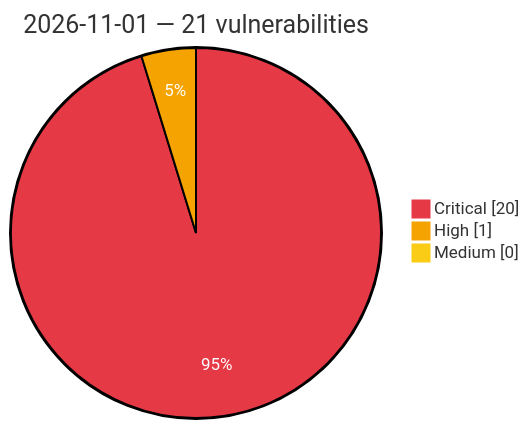
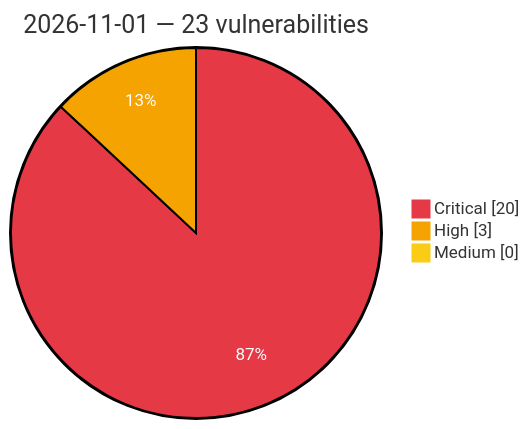
The diagram in vulnerabilities/2026/November/2026-11-01.md (GhostX0X/vuln-tracker), drawn with Mermaid before and after one commit. The commit also changed other lines of this file and 8 other files, not shown here.

````diff
--- a/vulnerabilities/2026/November/2026-11-01.md
+++ b/vulnerabilities/2026/November/2026-11-01.md
@@ -3,8 +3,8 @@
 ```mermaid
 %%{init: {'theme':'base', 'themeVariables': {'pie1':'#e63946', 'pie2':'#f4a300', 'pie3':'#facc15', 'pieOpacity':'1', 'pieOuterStrokeWidth':'2px', 'pieSectionTextColor':'#ffffff'}}}%%
 pie showData
-    title 2026-11-01 — 21 vulnerabilities
+    title 2026-11-01 — 23 vulnerabilities
     "Critical" : 20
-    "High" : 1
+    "High" : 3
     "Medium" : 0
 ```
````
